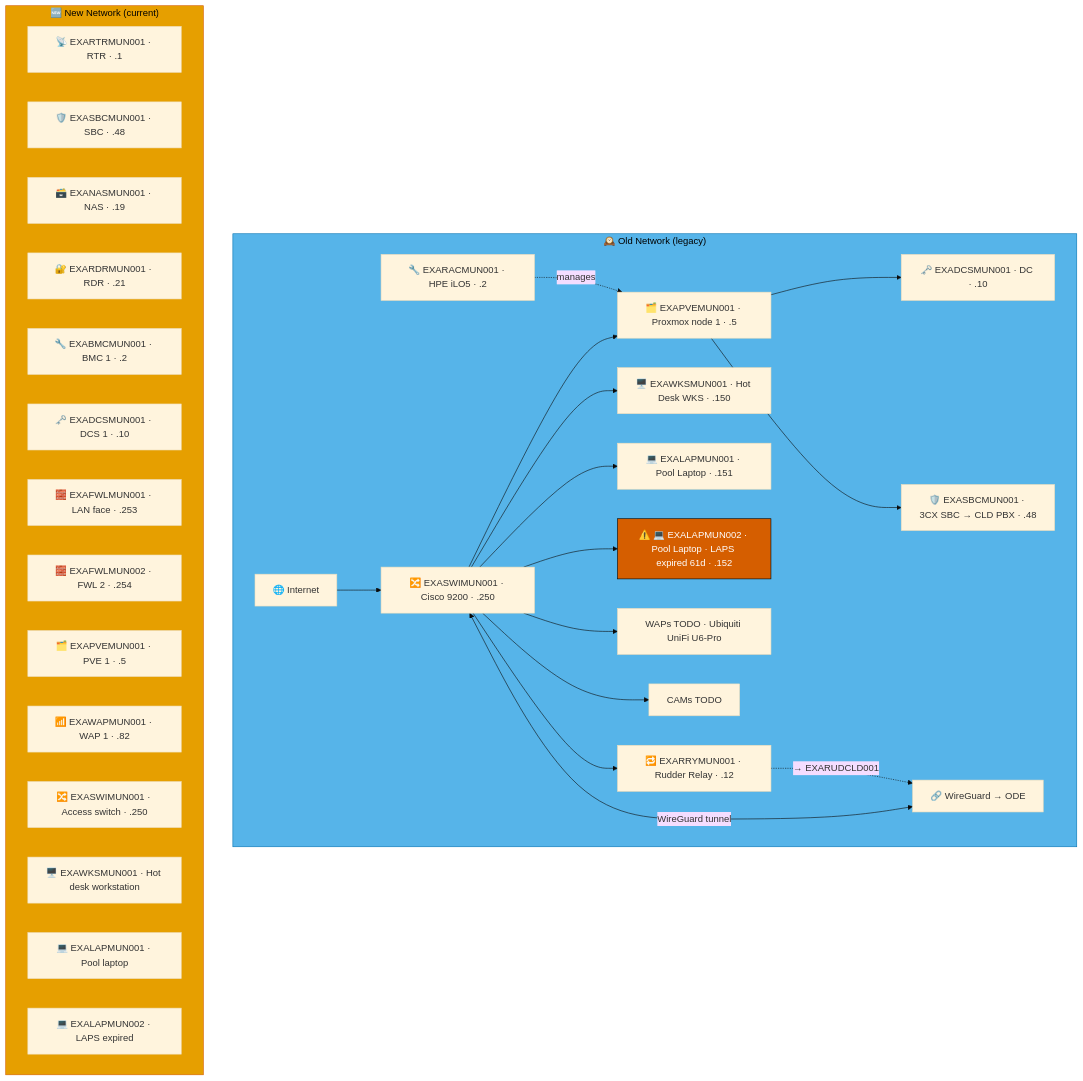
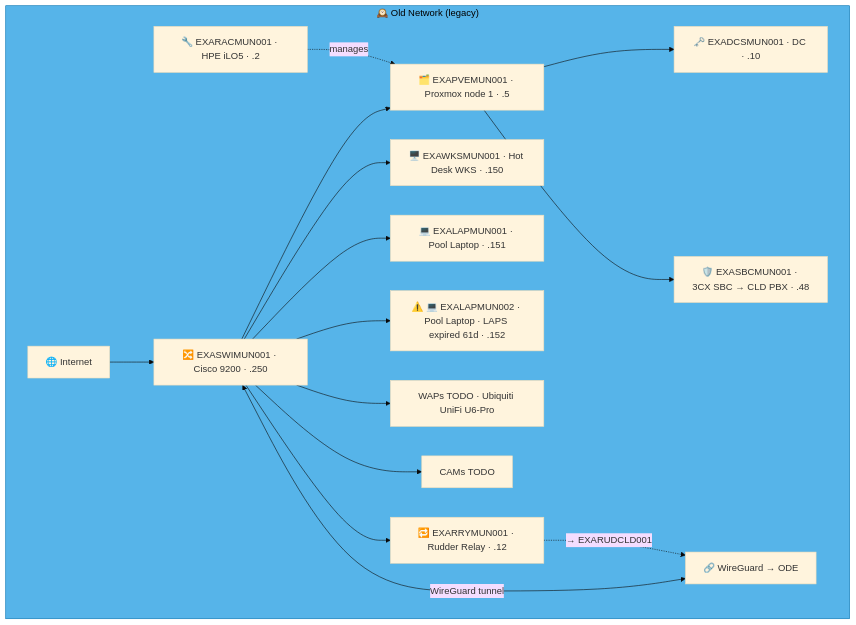
The fifth of 10 diagrams in docs/network-diagram/deutschland.md (knightmare2600/example_music_infra), drawn with Mermaid (base theme) before and after one commit. The commit also changed other lines of this file and 35 other files, not shown here.

````diff
--- a/docs/network-diagram/deutschland.md
+++ b/docs/network-diagram/deutschland.md
@@ -132,49 +181,28 @@
 ```mermaid
 graph TD
     subgraph OLD_MUN ["🕰️ Old Network (legacy)"]
       INET["🌐 Internet"]
       SW["🔀 EXASWIMUN001 · Cisco 9200 · .250"]
       RAC["🔧 EXARACMUN001 · HPE iLO5 · .2"]
       PVE["🗂️ EXAPVEMUN001 · Proxmox node 1 · .5"]
       DC["🗝️ EXADCSMUN001 · DC · .10"]
       SBC["🛡️ EXASBCMUN001 · 3CX SBC → CLD PBX · .48"]
       RRY["🔁 EXARRYMUN001 · Rudder Relay · .12"]
       WKS["🖥️ EXAWKSMUN001 · Hot Desk WKS · .150"]
       LAP1["💻 EXALAPMUN001 · Pool Laptop · .151"]
       LAP2["⚠️ 💻 EXALAPMUN002 · Pool Laptop · LAPS expired 61d · .152"]
       WAP["WAPs TODO · Ubiquiti UniFi U6-Pro"]
       CAM["CAMs TODO"]
       VPN["🔗 WireGuard → ODE"]
 
       INET --> SW
       SW --> PVE --> DC & SBC
       RAC -.->|"manages"| PVE
       SW --> WKS & LAP1 & LAP2 & WAP & CAM
       SW <-->|"WireGuard tunnel"| VPN
 
       SW --> RRY
       RRY -. "→ EXARUDCLD001" .-> VPN
     end
     style OLD_MUN fill:#56B4E9,stroke:#0072B2,color:#000000
-    %% GENERATED:NEW-NETWORK:MUN:START
-    subgraph NEW_MUN ["🆕 New Network (current)"]
-      N_RTR["📡 EXARTRMUN001 · RTR · .1"]
-      N_SBC["🛡️ EXASBCMUN001 · SBC · .48"]
-      N_NAS["🗃️ EXANASMUN001 · NAS · .19"]
-      N_RDR["🔐 EXARDRMUN001 · RDR · .21"]
-      N_BMC["🔧 EXABMCMUN001 · BMC 1 · .2"]
-      N_DCS["🗝️ EXADCSMUN001 · DCS 1 · .10"]
-      N_FWL["🧱 EXAFWLMUN001 · LAN face · .253"]
-      N_FWL2["🧱 EXAFWLMUN002 · FWL 2 · .254"]
-      N_PVE["🗂️ EXAPVEMUN001 · PVE 1 · .5"]
-      N_WAP["📶 EXAWAPMUN001 · WAP 1 · .82"]
-      N_SWI["🔀 EXASWIMUN001 · Access switch · .250"]
-      N_WKS["🖥️ EXAWKSMUN001 · Hot desk workstation"]
-      N_LAP["💻 EXALAPMUN001 · Pool laptop"]
-      N_LAP2["💻 EXALAPMUN002 · LAPS expired"]
-    end
-    style NEW_MUN fill:#E69F00,stroke:#D55E00,color:#000000
-    %% GENERATED:NEW-NETWORK:MUN:END
-    classDef warn fill:#D55E00,stroke:#000000,color:#ffffff
-    class LAP2 warn
 ```
````
